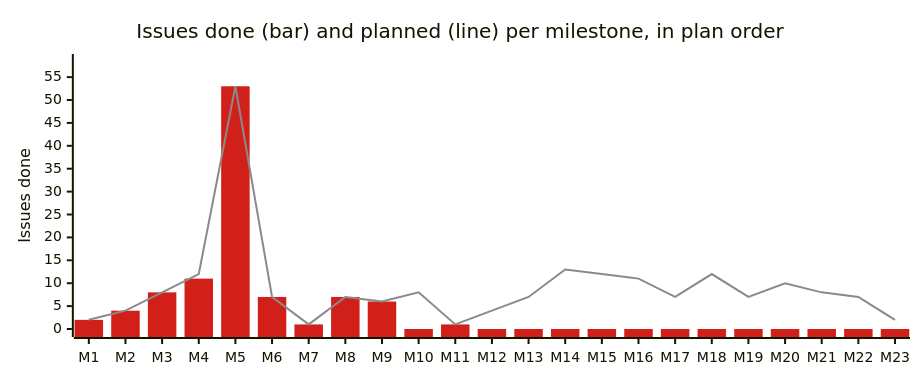
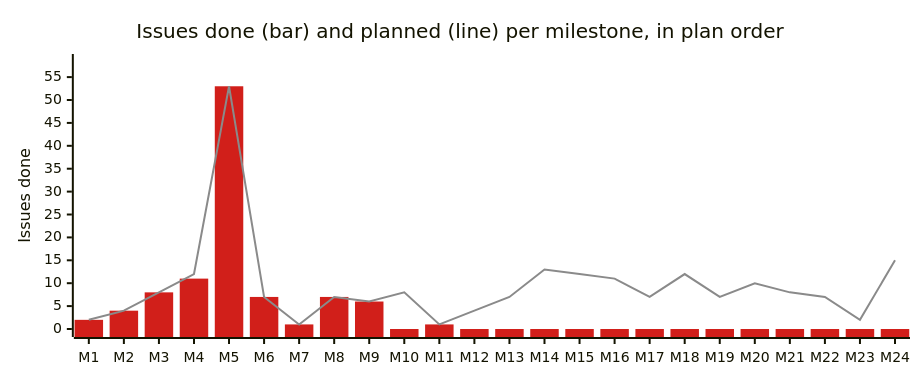
Before and after one commit to korczis/OpenTTD: diagram 12 of 12 in README.md, drawn with Mermaid. The commit also changed other lines of this file and 21 other files, not shown here.

First line of the commit message:
Doc: [Research] A gap to the leader is reviewed every game week, month and quarter through one blackboard contract

````diff
--- a/README.md
+++ b/README.md
@@ -1665,19 +1667,19 @@
 ```mermaid
 ---
 config:
   xyChart:
     width: 900
     height: 360
   themeVariables:
     xyChart:
       plotColorPalette: "#d11f1a, #8a8a8a, #0b0b0b, #ece4d6"
 ---
 xychart-beta
     title "Issues done (bar) and planned (line) per milestone, in plan order"
-    x-axis ["M1", "M2", "M3", "M4", "M5", "M6", "M7", "M8", "M9", "M10", "M11", "M12", "M13", "M14", "M15", "M16", "M17", "M18", "M19", "M20", "M21", "M22", "M23"]
+    x-axis ["M1", "M2", "M3", "M4", "M5", "M6", "M7", "M8", "M9", "M10", "M11", "M12", "M13", "M14", "M15", "M16", "M17", "M18", "M19", "M20", "M21", "M22", "M23", "M24"]
     %% series: Issues done | Issues planned
-    %% links: .ai/repo/project/milestones/the-fork-is-a-governed-research-target.yaml | .ai/repo/project/milestones/a-change-is-validated-in-cost-tiers.yaml | .ai/repo/project/milestones/internals-are-observable-with-recorded-provenance.yaml | .ai/repo/project/milestones/prismatic-steers-a-company-through-the-bridge.yaml | .ai/repo/project/milestones/an-agent-reaches-the-game-over-mcp.yaml | .ai/repo/project/milestones/the-fork-is-published-supervised-and-current.yaml | .ai/repo/project/milestones/the-game-wears-the-owners-noir-style.yaml | .ai/repo/project/milestones/planning-is-generated-from-recorded-history.yaml | .ai/repo/project/milestones/rhai-is-a-live-ide.yaml | .ai/repo/project/milestones/records-and-status-tell-the-truth.yaml | .ai/repo/project/milestones/the-toolchain-carries-no-known-vulnerability.yaml | .ai/repo/project/milestones/every-changed-line-is-tested.yaml | .ai/repo/project/milestones/every-battle-match-explains-itself.yaml | .ai/repo/project/milestones/prismatic-ai-grows-its-fleet-and-survives-its-own-failures.yaml | .ai/repo/project/milestones/the-planner-reads-one-coherent-priced-world.yaml | .ai/repo/project/milestones/battlebrain-decides-live-with-rollback.yaml | .ai/repo/project/milestones/evaluations-are-fair-pre-registered-and-paired.yaml | .ai/repo/project/milestones/prismatic-closes-one-real-loop.yaml | .ai/repo/project/milestones/governed-access-is-authenticated-and-every-capability-reaches-every-surface.yaml | .ai/repo/project/milestones/the-live-agent-workbench.yaml | .ai/repo/project/milestones/the-panel-has-integrity.yaml | .ai/repo/project/milestones/algoglyph-is-accountable.yaml | .ai/repo/project/milestones/a-remote-human-plays-the-bot.yaml
+    %% links: .ai/repo/project/milestones/the-fork-is-a-governed-research-target.yaml | .ai/repo/project/milestones/a-change-is-validated-in-cost-tiers.yaml | .ai/repo/project/milestones/internals-are-observable-with-recorded-provenance.yaml | .ai/repo/project/milestones/prismatic-steers-a-company-through-the-bridge.yaml | .ai/repo/project/milestones/an-agent-reaches-the-game-over-mcp.yaml | .ai/repo/project/milestones/the-fork-is-published-supervised-and-current.yaml | .ai/repo/project/milestones/the-game-wears-the-owners-noir-style.yaml | .ai/repo/project/milestones/planning-is-generated-from-recorded-history.yaml | .ai/repo/project/milestones/rhai-is-a-live-ide.yaml | .ai/repo/project/milestones/records-and-status-tell-the-truth.yaml | .ai/repo/project/milestones/the-toolchain-carries-no-known-vulnerability.yaml | .ai/repo/project/milestones/every-changed-line-is-tested.yaml | .ai/repo/project/milestones/every-battle-match-explains-itself.yaml | .ai/repo/project/milestones/prismatic-ai-grows-its-fleet-and-survives-its-own-failures.yaml | .ai/repo/project/milestones/the-planner-reads-one-coherent-priced-world.yaml | .ai/repo/project/milestones/battlebrain-decides-live-with-rollback.yaml | .ai/repo/project/milestones/evaluations-are-fair-pre-registered-and-paired.yaml | .ai/repo/project/milestones/prismatic-closes-one-real-loop.yaml | .ai/repo/project/milestones/governed-access-is-authenticated-and-every-capability-reaches-every-surface.yaml | .ai/repo/project/milestones/the-live-agent-workbench.yaml | .ai/repo/project/milestones/the-panel-has-integrity.yaml | .ai/repo/project/milestones/algoglyph-is-accountable.yaml | .ai/repo/project/milestones/a-remote-human-plays-the-bot.yaml | .ai/repo/project/milestones/the-strategy-is-reviewed-on-a-cadence.yaml
     y-axis "Issues done" 0 --> 58.3
-    bar [2, 4, 8, 11, 53, 7, 1, 7, 6, 0, 1, 0, 0, 0, 0, 0, 0, 0, 0, 0, 0, 0, 0]
-    line [2, 4, 8, 12, 53, 7, 1, 7, 6, 8, 1, 4, 7, 13, 12, 11, 7, 12, 7, 10, 8, 7, 2]
+    bar [2, 4, 8, 11, 53, 7, 1, 7, 6, 0, 1, 0, 0, 0, 0, 0, 0, 0, 0, 0, 0, 0, 0, 0]
+    line [2, 4, 8, 12, 53, 7, 1, 7, 6, 8, 1, 4, 7, 13, 12, 11, 7, 12, 7, 10, 8, 7, 2, 15]
 ```
````
